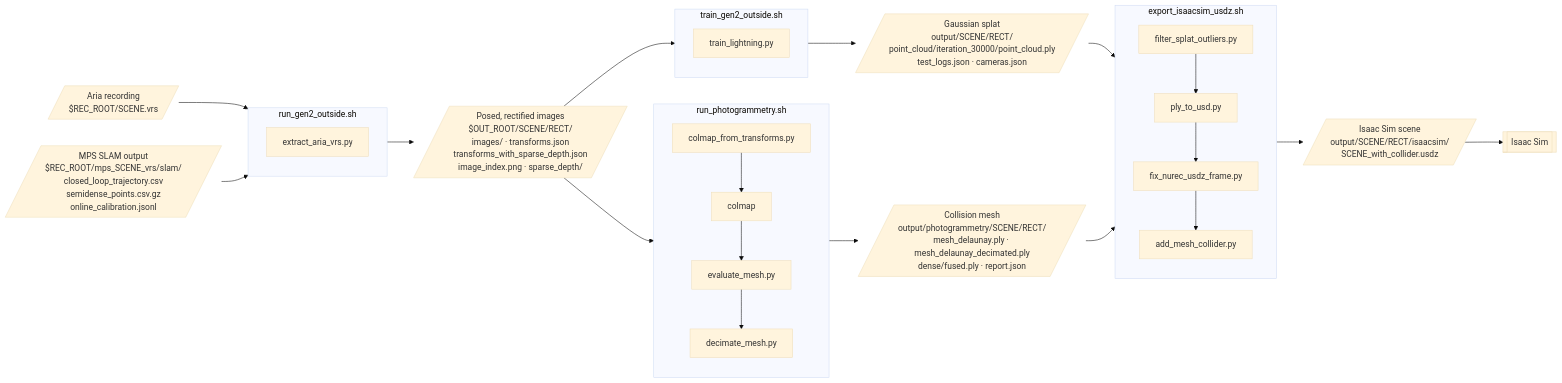
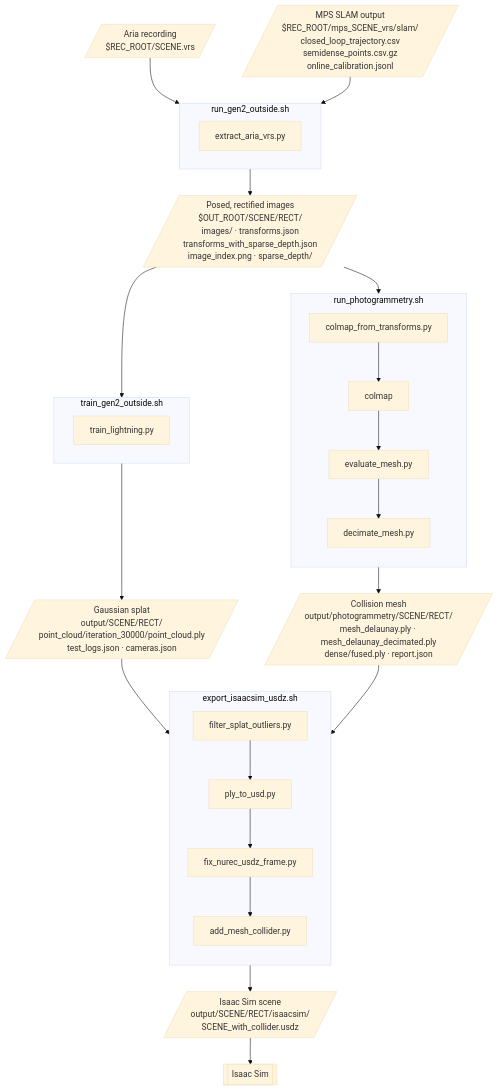
Before and after one commit to Aidan-Gildea/ContactSplat: the diagram in README.md, drawn with Mermaid (base theme).

Commit message:
README: lay out pipeline diagram top-down so labels are readable

````diff
--- a/README.md
+++ b/README.md
@@ -45,38 +45,38 @@
 ```mermaid
-flowchart LR
+flowchart TD
     vrs[/"Aria recording<br/>$REC_ROOT/SCENE.vrs"/] --> S1
     mps[/"MPS SLAM output<br/>$REC_ROOT/mps_SCENE_vrs/slam/<br/>closed_loop_trajectory.csv<br/>semidense_points.csv.gz<br/>online_calibration.jsonl"/] --> S1
 
     subgraph S1["run_gen2_outside.sh"]
         p1["extract_aria_vrs.py"]
     end
 
     S1 --> data[/"Posed, rectified images<br/>$OUT_ROOT/SCENE/RECT/<br/>images/ · transforms.json<br/>transforms_with_sparse_depth.json<br/>image_index.png · sparse_depth/"/]
 
     data --> S2
 
     subgraph S2["train_gen2_outside.sh"]
         p2["train_lightning.py"]
     end
 
     S2 --> ply[/"Gaussian splat<br/>output/SCENE/RECT/<br/>point_cloud/iteration_30000/point_cloud.ply<br/>test_logs.json · cameras.json"/]
 
     data --> S3
 
     subgraph S3["run_photogrammetry.sh"]
         direction TB
         p3a["colmap_from_transforms.py"] --> p3b["colmap"] --> p3c["evaluate_mesh.py"] --> p3d["decimate_mesh.py"]
     end
 
     S3 --> mesh[/"Collision mesh<br/>output/photogrammetry/SCENE/RECT/<br/>mesh_delaunay.ply · mesh_delaunay_decimated.ply<br/>dense/fused.ply · report.json"/]
 
     ply --> S4
     mesh --> S4
 
     subgraph S4["export_isaacsim_usdz.sh"]
         direction TB
         p4a["filter_splat_outliers.py"] --> p4b["ply_to_usd.py"] --> p4c["fix_nurec_usdz_frame.py"] --> p4d["add_mesh_collider.py"]
     end
 
     S4 --> usdz[/"Isaac Sim scene<br/>output/SCENE/RECT/isaacsim/<br/>SCENE_with_collider.usdz"/] --> sim[["Isaac Sim"]]
 ```
````
